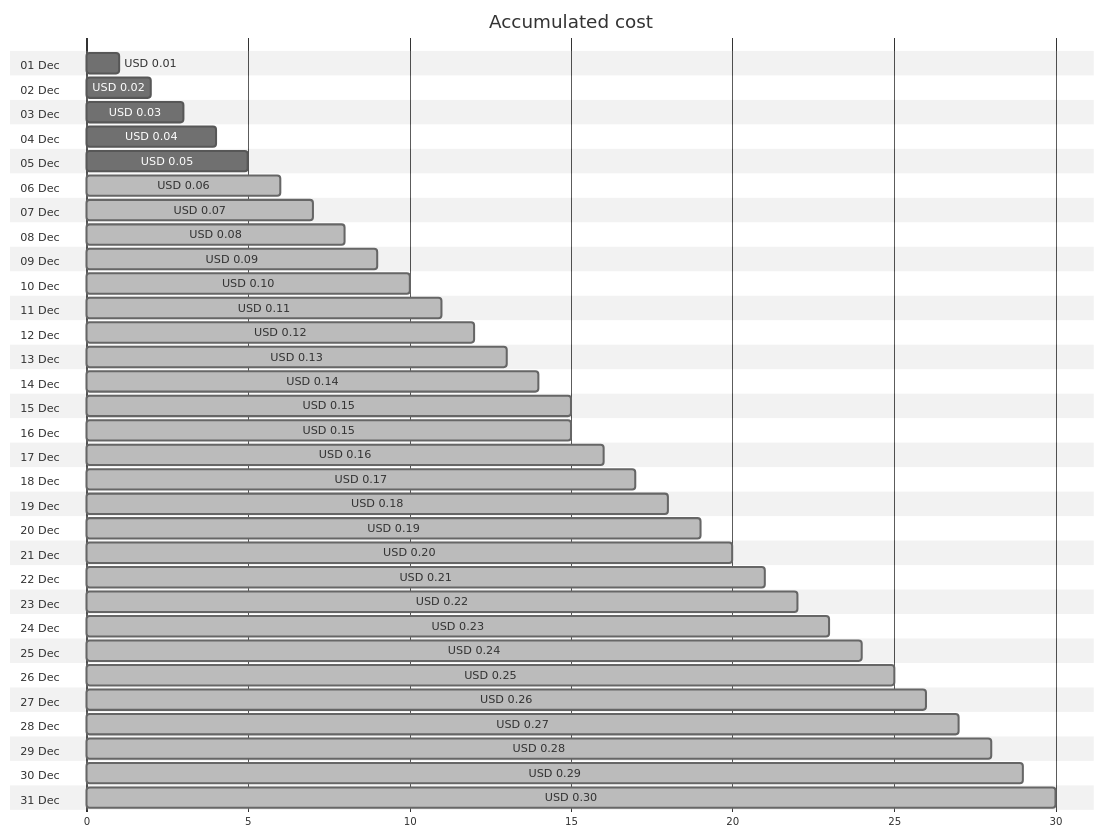
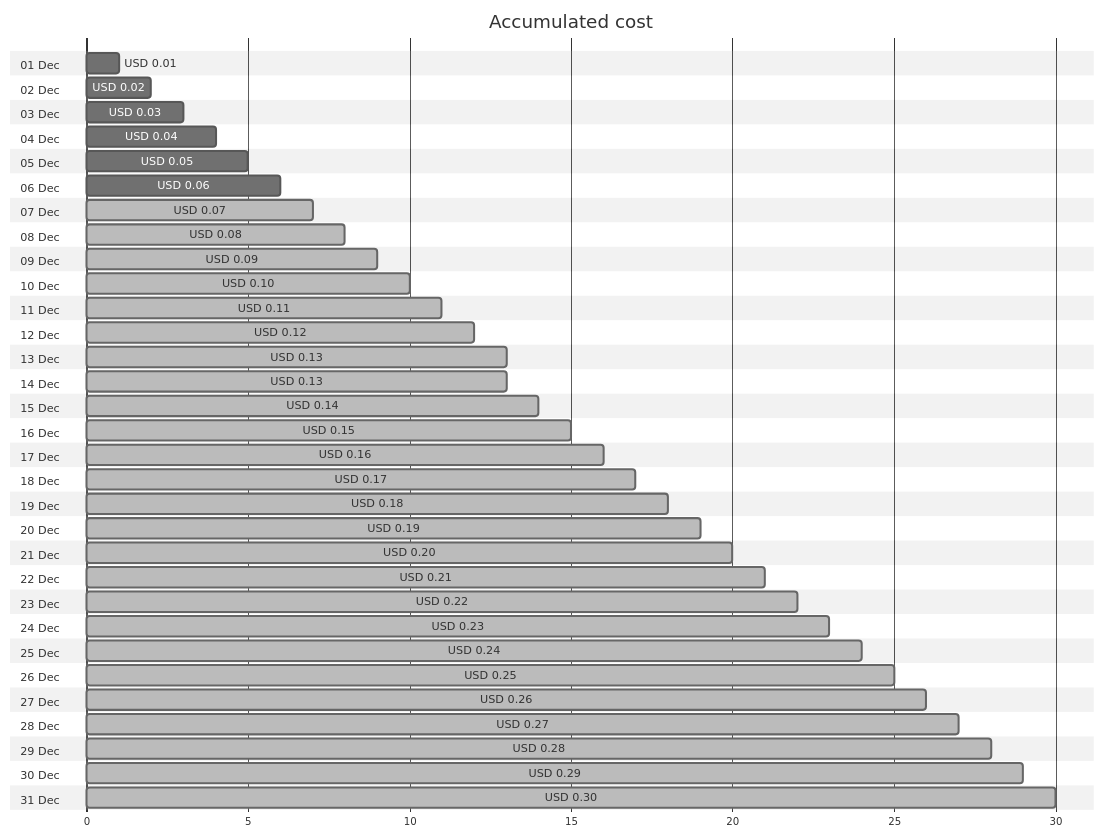
One commit to jpfulton/azure-personal-reports changed the first of 4 diagrams in cost-reports/cloud-shell-storage-eastus/README.md. Above: the diagram before and after it, drawn with Mermaid (neutral theme). The commit also changed other lines of this file and 1 other file, not shown here.

````diff
--- a/cost-reports/cloud-shell-storage-eastus/README.md
+++ b/cost-reports/cloud-shell-storage-eastus/README.md
@@ -20,68 +20,68 @@
 ```mermaid
 gantt
    title Accumulated cost
    dateFormat  X
    axisFormat %s
    section 01 Dec
    USD 0.01 :0, 1
    section 02 Dec
    USD 0.02 :0, 2
    section 03 Dec
    USD 0.03 :0, 3
    section 04 Dec
    USD 0.04 :0, 4
    section 05 Dec
    USD 0.05 :0, 5
    section 06 Dec
-   USD 0.06 : done, 0, 6
+   USD 0.06 :0, 6
    section 07 Dec
    USD 0.07 : done, 0, 7
    section 08 Dec
    USD 0.08 : done, 0, 8
    section 09 Dec
    USD 0.09 : done, 0, 9
    section 10 Dec
    USD 0.10 : done, 0, 10
    section 11 Dec
    USD 0.11 : done, 0, 11
    section 12 Dec
    USD 0.12 : done, 0, 12
    section 13 Dec
    USD 0.13 : done, 0, 13
    section 14 Dec
+   USD 0.13 : done, 0, 13
+   section 15 Dec
    USD 0.14 : done, 0, 14
-   section 15 Dec
-   USD 0.15 : done, 0, 15
    section 16 Dec
    USD 0.15 : done, 0, 15
    section 17 Dec
    USD 0.16 : done, 0, 16
    section 18 Dec
    USD 0.17 : done, 0, 17
    section 19 Dec
    USD 0.18 : done, 0, 18
    section 20 Dec
    USD 0.19 : done, 0, 19
    section 21 Dec
    USD 0.20 : done, 0, 20
    section 22 Dec
    USD 0.21 : done, 0, 21
    section 23 Dec
    USD 0.22 : done, 0, 22
    section 24 Dec
    USD 0.23 : done, 0, 23
    section 25 Dec
    USD 0.24 : done, 0, 24
    section 26 Dec
    USD 0.25 : done, 0, 25
    section 27 Dec
    USD 0.26 : done, 0, 26
    section 28 Dec
    USD 0.27 : done, 0, 27
    section 29 Dec
    USD 0.28 : done, 0, 28
    section 30 Dec
    USD 0.29 : done, 0, 29
    section 31 Dec
    USD 0.30 : done, 0, 30
 ```
````
